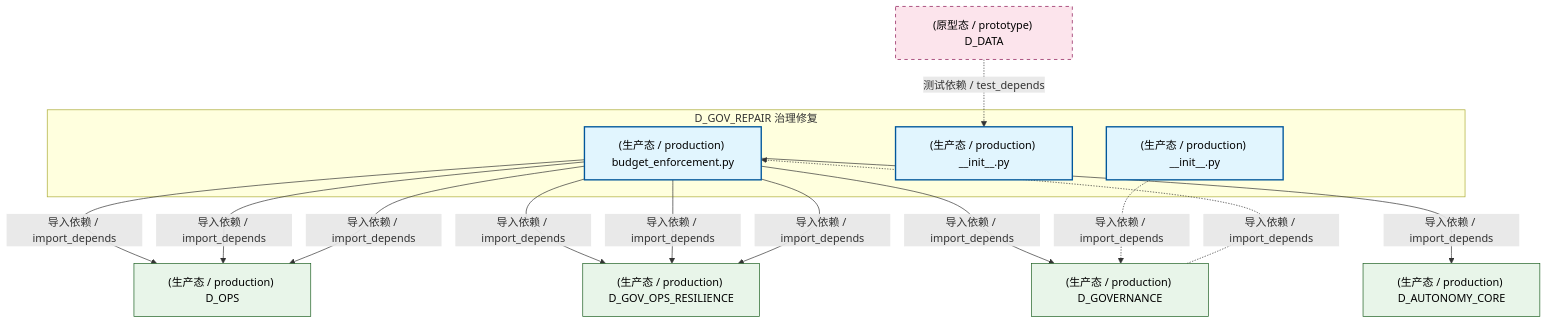
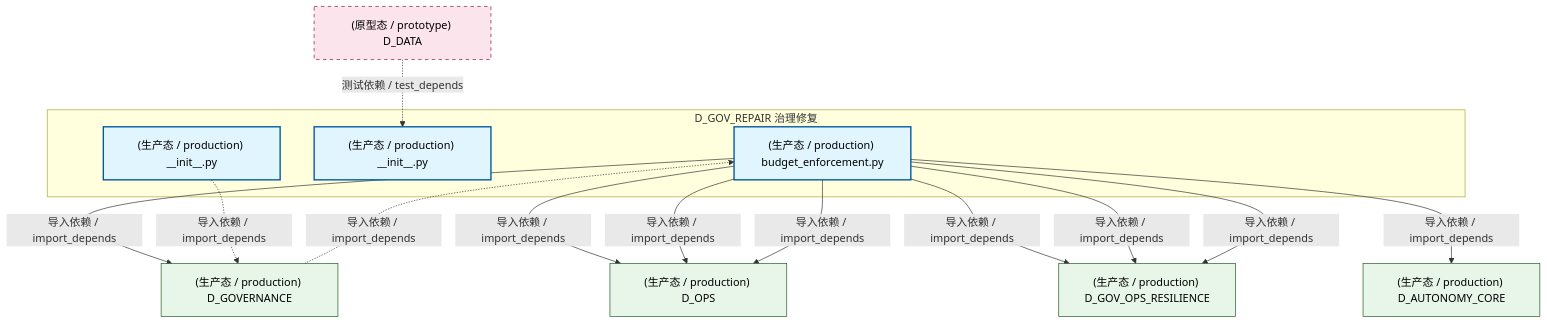
Before and after one commit to xuanFelixVan/ZephyrAlpha: the second of 4 diagrams in docs/02_enterprise_architecture/02_domain_architecture_docs/44_d_gov_repair.md, drawn with Mermaid. The commit also changed other lines of this file and 124 other files, not shown here.

````diff
--- a/docs/02_enterprise_architecture/02_domain_architecture_docs/44_d_gov_repair.md
+++ b/docs/02_enterprise_architecture/02_domain_architecture_docs/44_d_gov_repair.md
@@ -143,31 +145,31 @@
 ```mermaid
 graph TD
     subgraph D_GOV_REPAIR["D_GOV_REPAIR 治理修复"]
         src_zephyr_governance_financial_governance_budget_enforcement_py["(生产态 / production) budget_enforcement.py"]
         src_zephyr_governance_observability_governance_init_py["(生产态 / production) __init__.py"]
         src_zephyr_governance_persistence_init_py["(生产态 / production) __init__.py"]
     end
+    D_GOVERNANCE["(生产态 / production) D_GOVERNANCE"]
+    src_zephyr_governance_financial_governance_budget_enforcement_py -->|导入依赖 / import_depends| D_GOVERNANCE
     D_OPS["(生产态 / production) D_OPS"]
+    src_zephyr_governance_financial_governance_budget_enforcement_py -->|导入依赖 / import_depends| D_OPS
     src_zephyr_governance_financial_governance_budget_enforcement_py -->|导入依赖 / import_depends| D_OPS
     D_GOV_OPS_RESILIENCE["(生产态 / production) D_GOV_OPS_RESILIENCE"]
     src_zephyr_governance_financial_governance_budget_enforcement_py -->|导入依赖 / import_depends| D_GOV_OPS_RESILIENCE
-    D_GOVERNANCE["(生产态 / production) D_GOVERNANCE"]
-    src_zephyr_governance_financial_governance_budget_enforcement_py -->|导入依赖 / import_depends| D_GOVERNANCE
     src_zephyr_governance_financial_governance_budget_enforcement_py -->|导入依赖 / import_depends| D_GOV_OPS_RESILIENCE
     src_zephyr_governance_financial_governance_budget_enforcement_py -->|导入依赖 / import_depends| D_GOV_OPS_RESILIENCE
-    src_zephyr_governance_financial_governance_budget_enforcement_py -->|导入依赖 / import_depends| D_OPS
     src_zephyr_governance_financial_governance_budget_enforcement_py -->|导入依赖 / import_depends| D_OPS
     D_AUTONOMY_CORE["(生产态 / production) D_AUTONOMY_CORE"]
     src_zephyr_governance_financial_governance_budget_enforcement_py -->|导入依赖 / import_depends| D_AUTONOMY_CORE
     src_zephyr_governance_persistence_init_py -.->|导入依赖 / import_depends| D_GOVERNANCE
     D_GOVERNANCE -.->|导入依赖 / import_depends| src_zephyr_governance_financial_governance_budget_enforcement_py
     D_DATA["(原型态 / prototype) D_DATA"]
     D_DATA -.->|测试依赖 / test_depends| src_zephyr_governance_observability_governance_init_py
     classDef production fill:#e1f5fe,stroke:#01579b,stroke-width:2px,color:#000
     classDef design fill:#fff3e0,stroke:#e65100,stroke-width:2px,color:#000,stroke-dasharray: 5 5
     classDef external_prod fill:#e8f5e9,stroke:#1b5e20,stroke-width:1px,color:#000
     classDef external_design fill:#fce4ec,stroke:#880e4f,stroke-width:1px,color:#000,stroke-dasharray: 5 5
     class src_zephyr_governance_financial_governance_budget_enforcement_py,src_zephyr_governance_observability_governance_init_py,src_zephyr_governance_persistence_init_py production
-    class D_OPS,D_GOV_OPS_RESILIENCE,D_GOVERNANCE,D_AUTONOMY_CORE external_prod
+    class D_GOVERNANCE,D_OPS,D_GOV_OPS_RESILIENCE,D_AUTONOMY_CORE external_prod
     class D_DATA external_design
 ```
````
